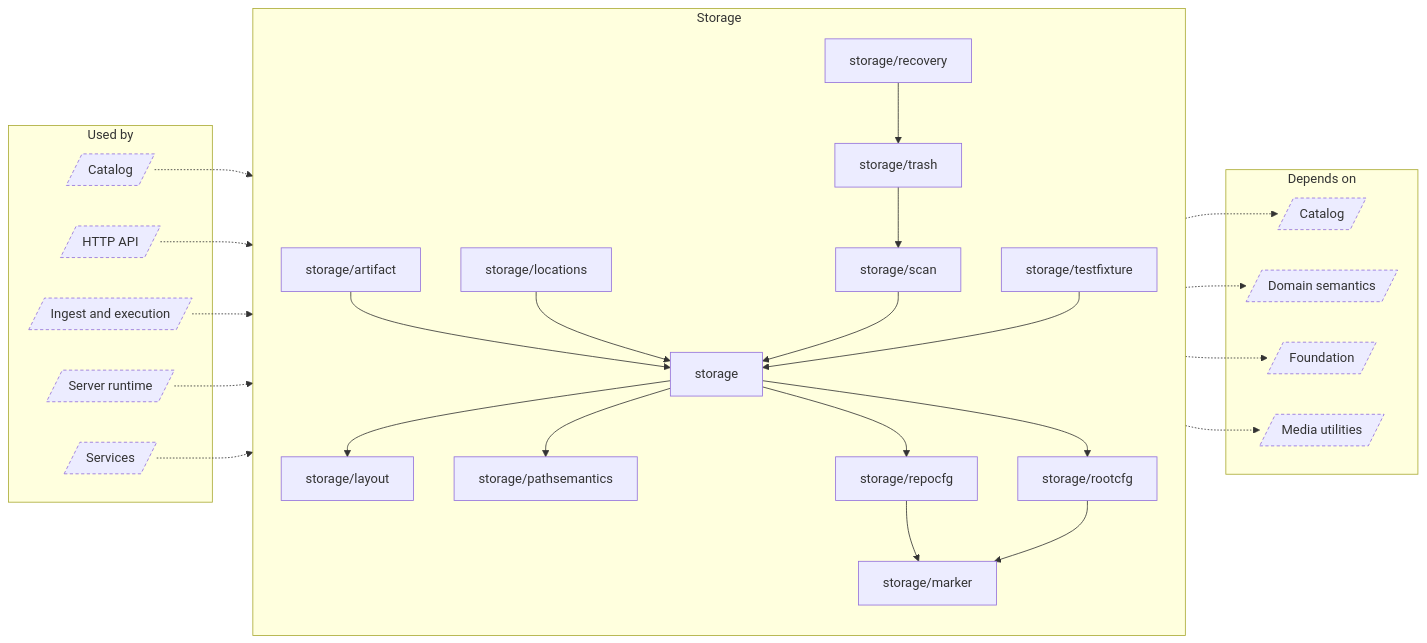
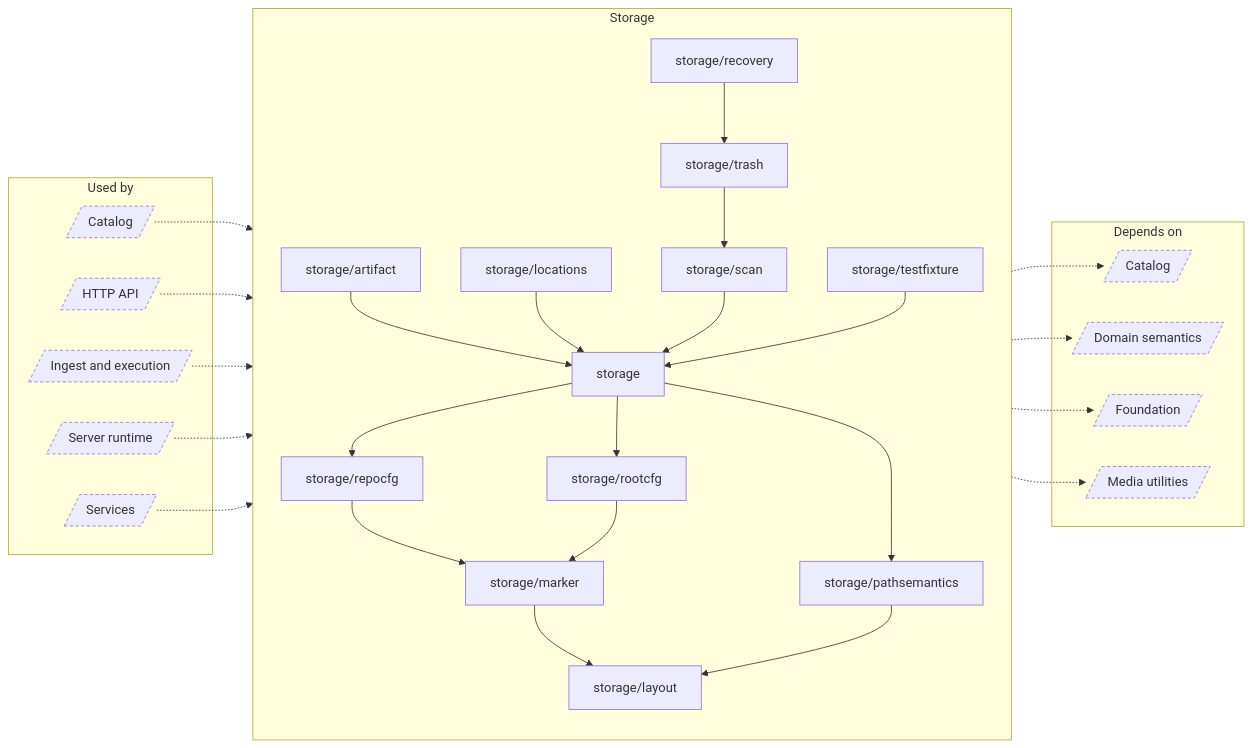
One commit to EdwinZhanCN/Lumilio-Photos changed the diagram in docs/atlas/generated/architecture/group-storage.md. Above: the diagram before and after it, drawn with Mermaid. The commit also changed 107 other files, not shown here.

First line of the commit message:
refactor(storage): repository-layout Phase 2: every caller on the layout package (RL2)

````diff
--- a/docs/atlas/generated/architecture/group-storage.md
+++ b/docs/atlas/generated/architecture/group-storage.md
@@ -9,53 +9,54 @@
 ```mermaid
 flowchart LR
     subgraph n_g_Used_by["Used by"]
         n_in_catalog[/"Catalog"/]
         n_in_http[/"HTTP API"/]
         n_in_ingest[/"Ingest and execution"/]
         n_in_runtime[/"Server runtime"/]
         n_in_service[/"Services"/]
     end
     subgraph n_g_Storage["Storage"]
         n_server_internal_storage["storage"]
         n_server_internal_storage_artifact["storage/artifact"]
         n_server_internal_storage_layout["storage/layout"]
         n_server_internal_storage_locations["storage/locations"]
         n_server_internal_storage_marker["storage/marker"]
         n_server_internal_storage_pathsemantics["storage/pathsemantics"]
         n_server_internal_storage_recovery["storage/recovery"]
         n_server_internal_storage_repocfg["storage/repocfg"]
         n_server_internal_storage_rootcfg["storage/rootcfg"]
         n_server_internal_storage_scan["storage/scan"]
         n_server_internal_storage_testfixture["storage/testfixture"]
         n_server_internal_storage_trash["storage/trash"]
     end
     subgraph n_g_Depends_on["Depends on"]
         n_out_catalog[/"Catalog"/]
         n_out_domain[/"Domain semantics"/]
         n_out_foundation[/"Foundation"/]
         n_out_media[/"Media utilities"/]
     end
     n_in_catalog -.-> n_g_Storage
     n_in_http -.-> n_g_Storage
     n_in_ingest -.-> n_g_Storage
     n_in_runtime -.-> n_g_Storage
     n_in_service -.-> n_g_Storage
-    n_server_internal_storage --> n_server_internal_storage_layout
     n_server_internal_storage --> n_server_internal_storage_pathsemantics
     n_server_internal_storage --> n_server_internal_storage_repocfg
     n_server_internal_storage --> n_server_internal_storage_rootcfg
     n_server_internal_storage_artifact --> n_server_internal_storage
     n_server_internal_storage_locations --> n_server_internal_storage
+    n_server_internal_storage_marker --> n_server_internal_storage_layout
+    n_server_internal_storage_pathsemantics --> n_server_internal_storage_layout
     n_server_internal_storage_recovery --> n_server_internal_storage_trash
     n_server_internal_storage_repocfg --> n_server_internal_storage_marker
     n_server_internal_storage_rootcfg --> n_server_internal_storage_marker
     n_server_internal_storage_scan --> n_server_internal_storage
     n_server_internal_storage_testfixture --> n_server_internal_storage
     n_server_internal_storage_trash --> n_server_internal_storage_scan
     n_g_Storage -.-> n_out_catalog
     n_g_Storage -.-> n_out_domain
     n_g_Storage -.-> n_out_foundation
     n_g_Storage -.-> n_out_media
     classDef external stroke-dasharray:4 3
     class n_in_catalog,n_in_http,n_in_ingest,n_in_runtime,n_in_service,n_out_catalog,n_out_domain,n_out_foundation,n_out_media external
 ```
````
